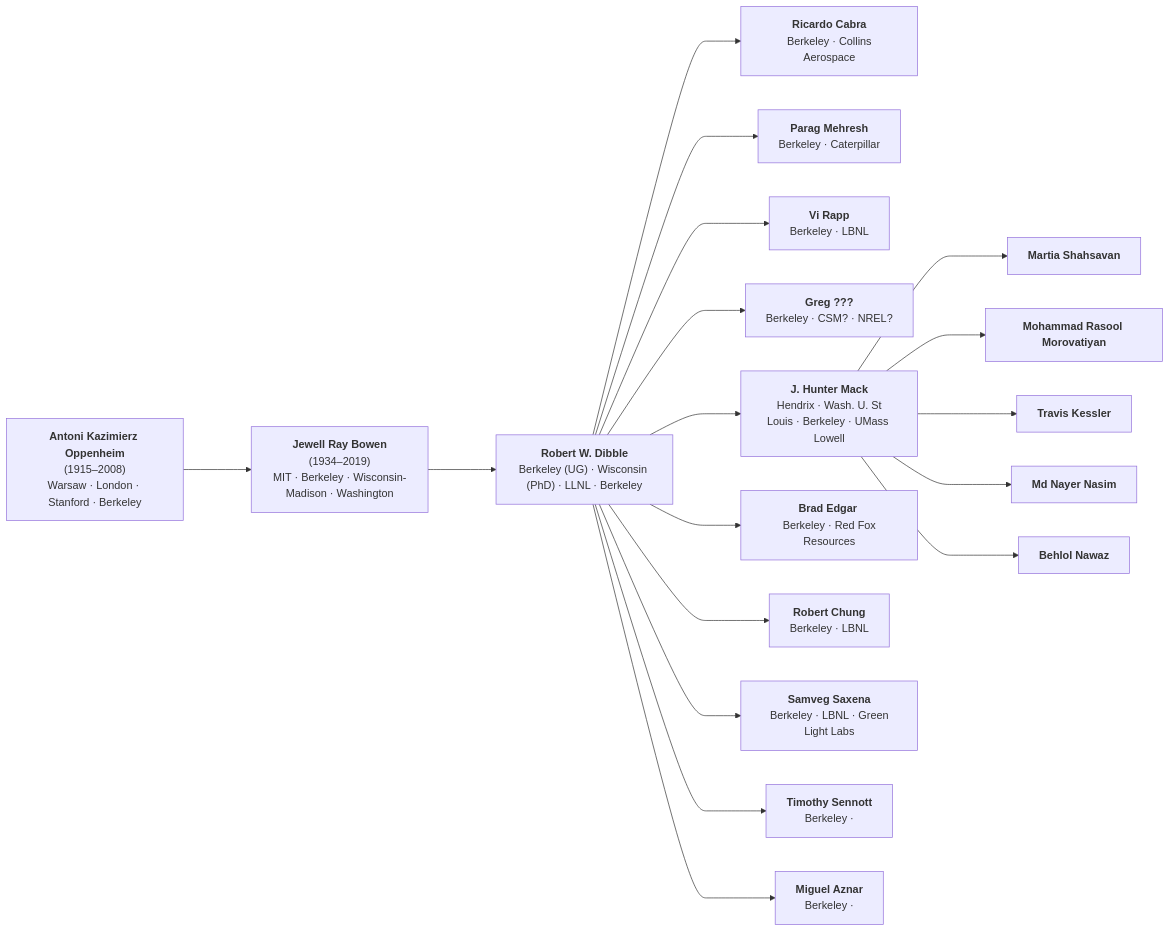
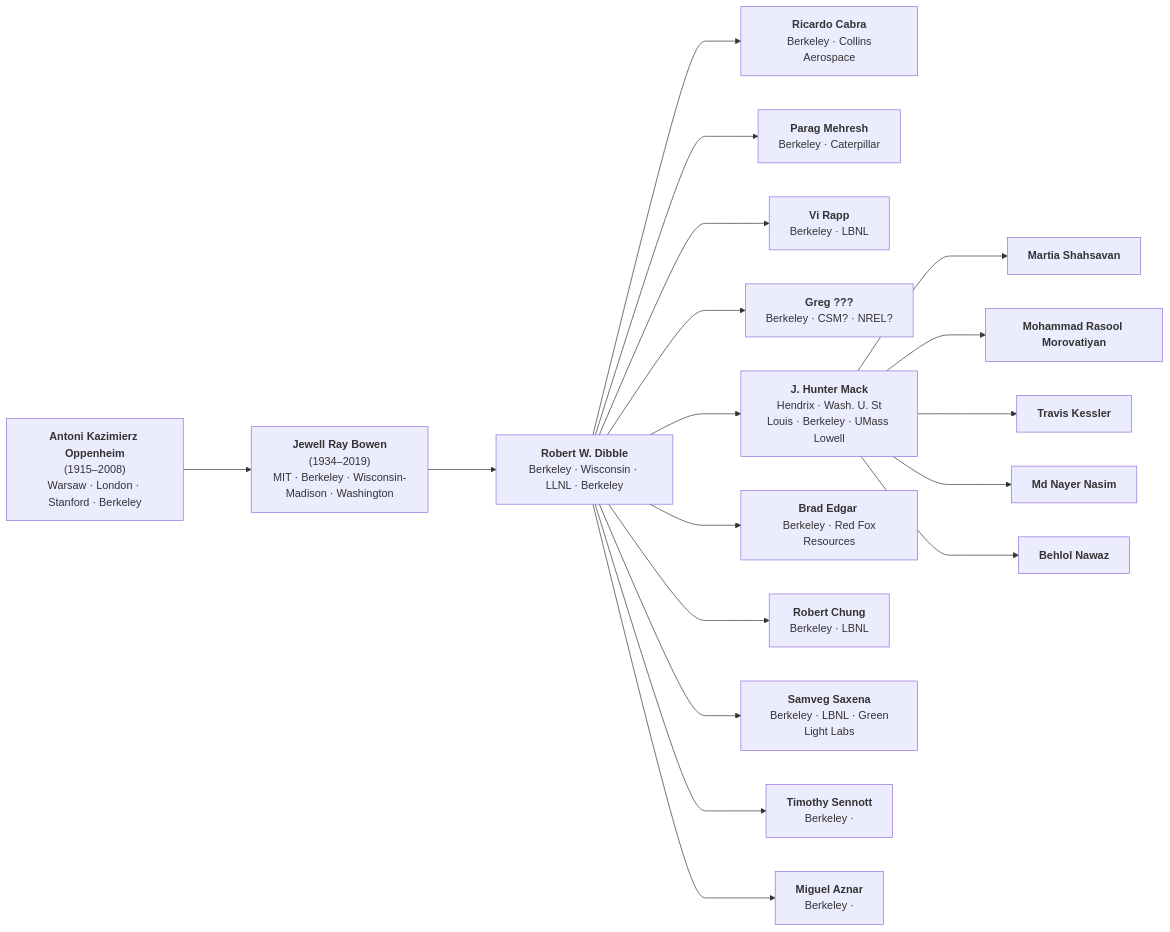
The diagram in acad_tree.md (bnawaz95/ECRL-acad-tree), drawn with Mermaid before and after one commit.

````diff
--- a/acad_tree.md
+++ b/acad_tree.md
@@ -1,45 +1,45 @@
 ```mermaid
 graph LR
     A["<b>Antoni Kazimierz Oppenheim</b><br/>(1915–2008)<br/>Warsaw · London · Stanford · Berkeley"]
 
     B["<b>Jewell Ray Bowen</b><br/>(1934–2019)<br/>MIT · Berkeley · Wisconsin-Madison · Washington"]
 
-    C["<b>Robert W. Dibble</b><br/>Berkeley (UG) · Wisconsin (PhD) · LLNL · Berkeley"]
+    C["<b>Robert W. Dibble</b><br/>Berkeley · Wisconsin · LLNL · Berkeley"]
 
     D1["<b>Ricardo Cabra</b><br/> Berkeley · Collins Aerospace"]
     D2["<b>Parag Mehresh</b><br/> Berkeley · Caterpillar"]
     D3["<b>Vi Rapp</b><br/> Berkeley · LBNL"]
     D4["<b>Greg ???</b><br/> Berkeley · CSM? · NREL?"]
     D0["<b>J. Hunter Mack</b><br/> Hendrix · Wash. U. St Louis · Berkeley · UMass Lowell"]
     D5["<b>Brad Edgar </b><br/> Berkeley · Red Fox Resources"]
     D6["<b>Robert Chung</b><br/> Berkeley · LBNL"]
     D7["<b>Samveg Saxena</b><br/> Berkeley · LBNL · Green Light Labs"]
     D8["<b>Timothy Sennott</b><br/> Berkeley · "]
     D9["<b>Miguel Aznar</b><br/> Berkeley · "]
 
     E["<b>Martia Shahsavan</b>"]
     F["<b>Mohammad Rasool Morovatiyan</b>"]
     G["<b>Travis Kessler</b>"]
     H["<b>Md Nayer Nasim</b>"]
     I["<b>Behlol Nawaz</b>"]
 
     A ---> B
     B ---> C
 
     C ---> D0
     C ---> D1
     C ---> D2
     C ---> D3
     C ---> D4
     C ---> D5
     C ---> D6
     C ---> D7
     C ---> D8
     C ---> D9
 
     D0 ---> E
     D0 ---> F
     D0 ---> G
     D0 ---> H
     D0 ---> I
 ```
````
